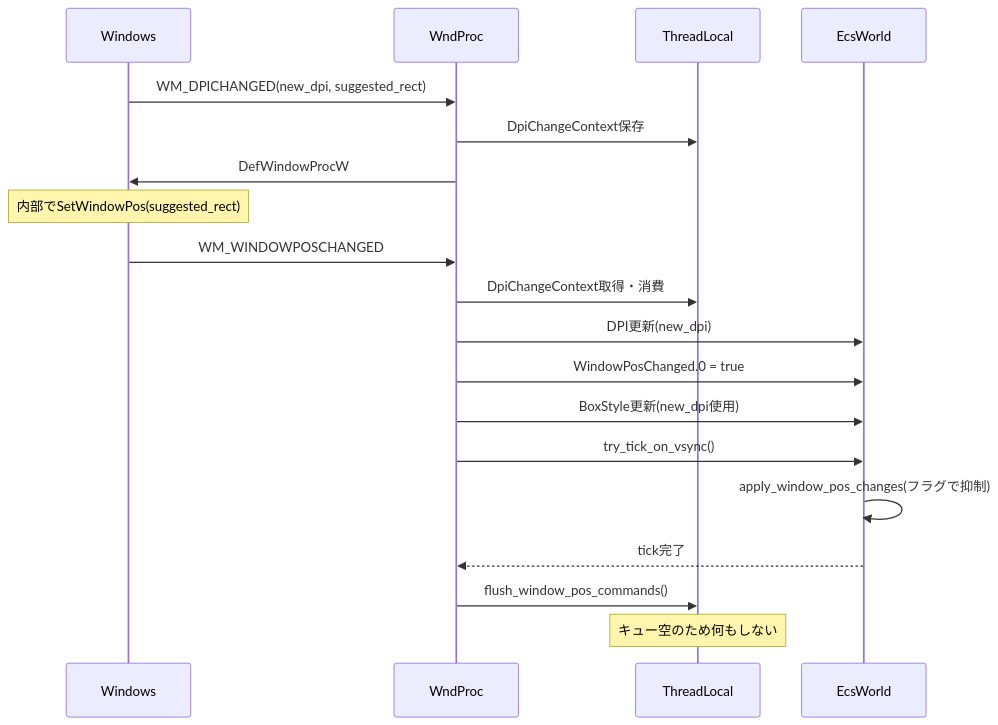
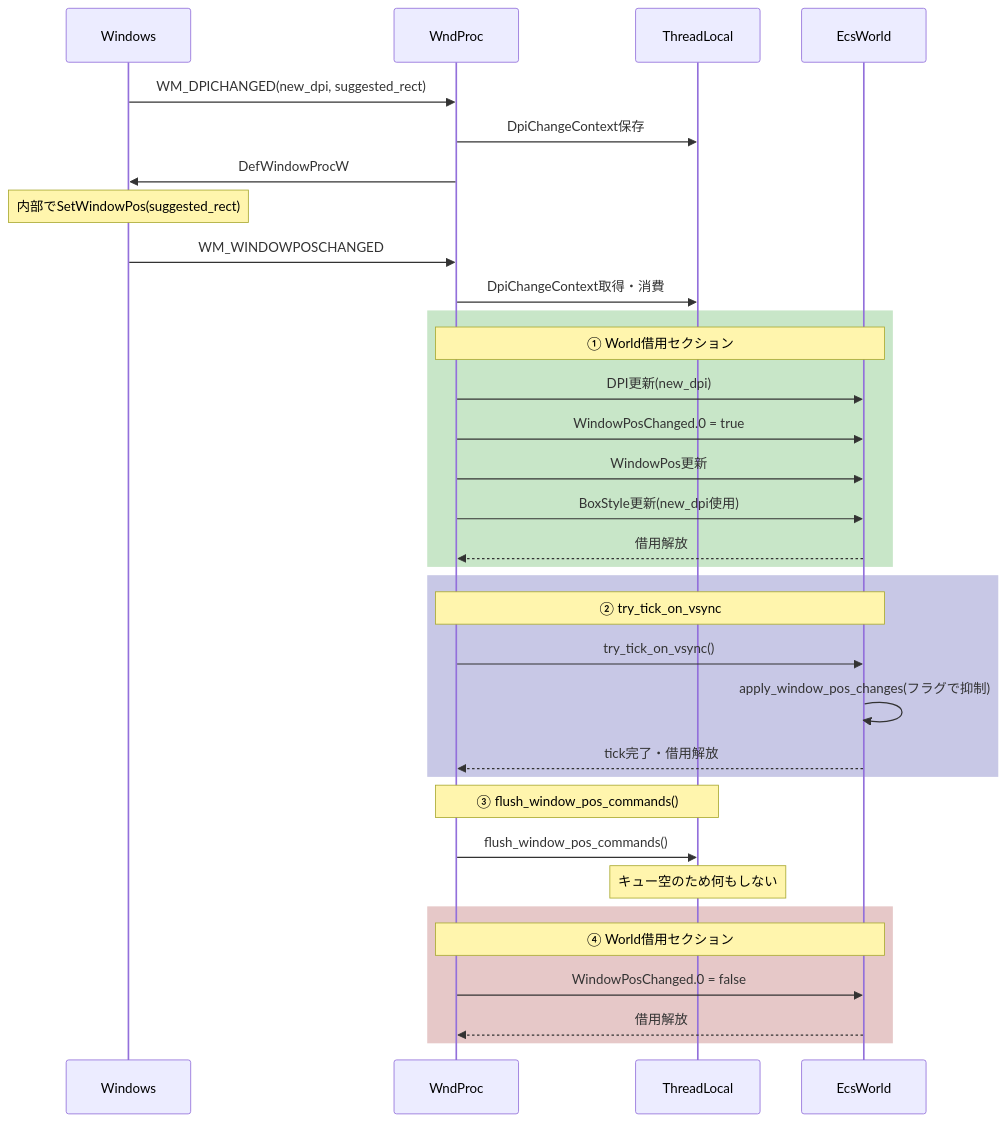
Before and after one commit to ekicyou/dcomp_sample-rs: the second of 3 diagrams in .kiro/specs/multimonitor-resize-flicker/design.md, drawn with Mermaid. The commit also changed other lines of this file and 1 other file, not shown here.

````diff
--- a/.kiro/specs/multimonitor-resize-flicker/design.md
+++ b/.kiro/specs/multimonitor-resize-flicker/design.md
@@ -104,22 +116,40 @@
 ```mermaid
 sequenceDiagram
     participant W as Windows
     participant WP as WndProc
     participant TL as ThreadLocal
     participant ECS as EcsWorld
     
     W->>WP: WM_DPICHANGED(new_dpi, suggested_rect)
     WP->>TL: DpiChangeContext保存
     WP->>W: DefWindowProcW
     Note over W: 内部でSetWindowPos(suggested_rect)
     W->>WP: WM_WINDOWPOSCHANGED
     WP->>TL: DpiChangeContext取得・消費
-    WP->>ECS: DPI更新(new_dpi)
-    WP->>ECS: WindowPosChanged.0 = true
-    WP->>ECS: BoxStyle更新(new_dpi使用)
-    WP->>ECS: try_tick_on_vsync()
-    ECS->>ECS: apply_window_pos_changes(フラグで抑制)
-    ECS-->>WP: tick完了
+    
+    rect rgb(200, 230, 200)
+        Note over WP,ECS: ① World借用セクション
+        WP->>ECS: DPI更新(new_dpi)
+        WP->>ECS: WindowPosChanged.0 = true
+        WP->>ECS: WindowPos更新
+        WP->>ECS: BoxStyle更新(new_dpi使用)
+        ECS-->>WP: 借用解放
+    end
+    
+    rect rgb(200, 200, 230)
+        Note over WP,ECS: ② try_tick_on_vsync
+        WP->>ECS: try_tick_on_vsync()
+        ECS->>ECS: apply_window_pos_changes(フラグで抑制)
+        ECS-->>WP: tick完了・借用解放
+    end
+    
+    Note over WP,TL: ③ flush_window_pos_commands()
     WP->>TL: flush_window_pos_commands()
     Note over TL: キュー空のため何もしない
+    
+    rect rgb(230, 200, 200)
+        Note over WP,ECS: ④ World借用セクション
+        WP->>ECS: WindowPosChanged.0 = false
+        ECS-->>WP: 借用解放
+    end
 ```
````
